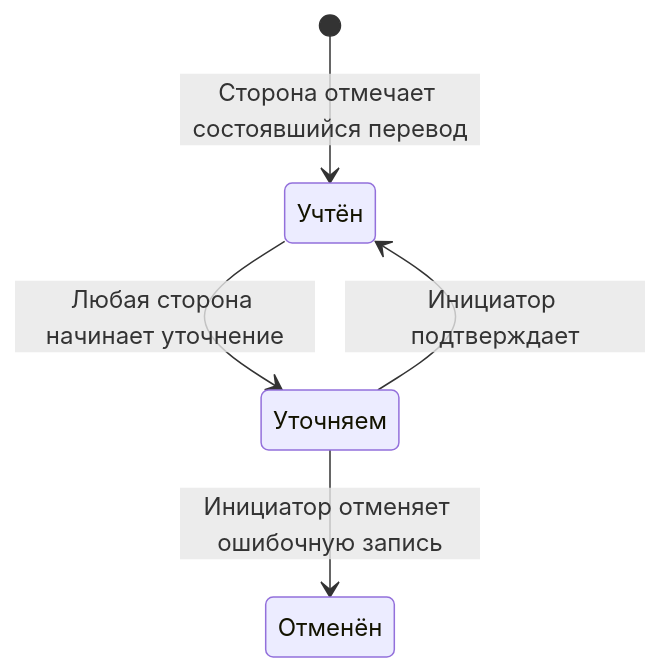
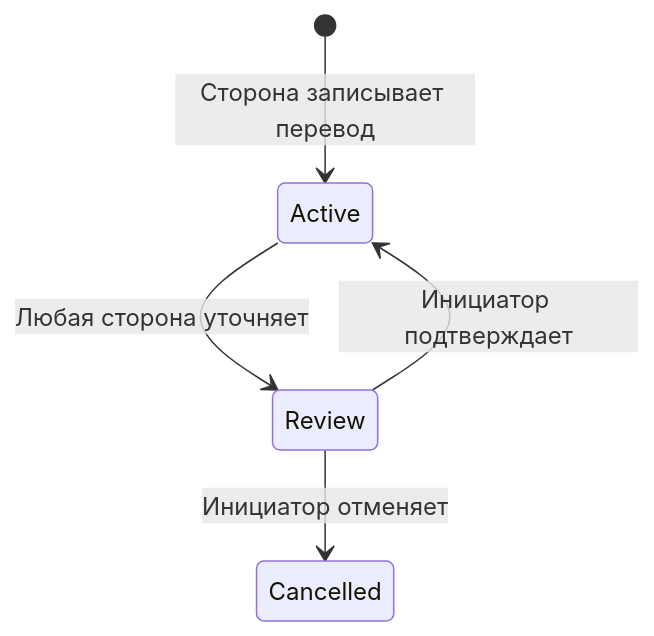
One commit to Romamor/tennis-split-bot changed the third of 3 diagrams in docs/UI_FLOW_REVIEW.md. Above: the diagram before and after it, drawn with Mermaid. The commit also changed other lines of this file and 32 other files, not shown here.

````diff
--- a/docs/UI_FLOW_REVIEW.md
+++ b/docs/UI_FLOW_REVIEW.md
@@ -79,10 +72,7 @@
 ```mermaid
 stateDiagram-v2
-    state "Учтён" as Active
-    state "Уточняем" as Review
-    state "Отменён" as Cancelled
-    [*] --> Active: Сторона отмечает состоявшийся перевод
-    Active --> Review: Любая сторона начинает уточнение
+    [*] --> Active: Сторона записывает перевод
+    Active --> Review: Любая сторона уточняет
     Review --> Active: Инициатор подтверждает
-    Review --> Cancelled: Инициатор отменяет ошибочную запись
+    Review --> Cancelled: Инициатор отменяет
 ```
````
